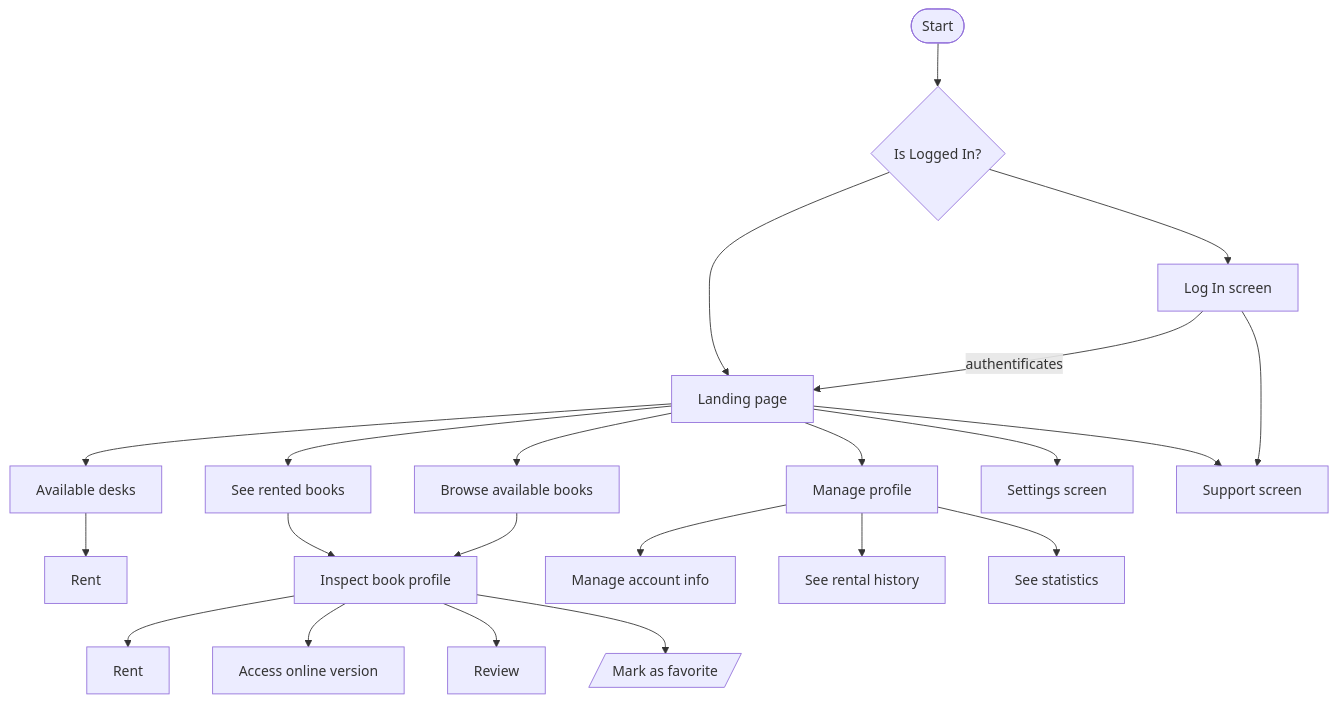
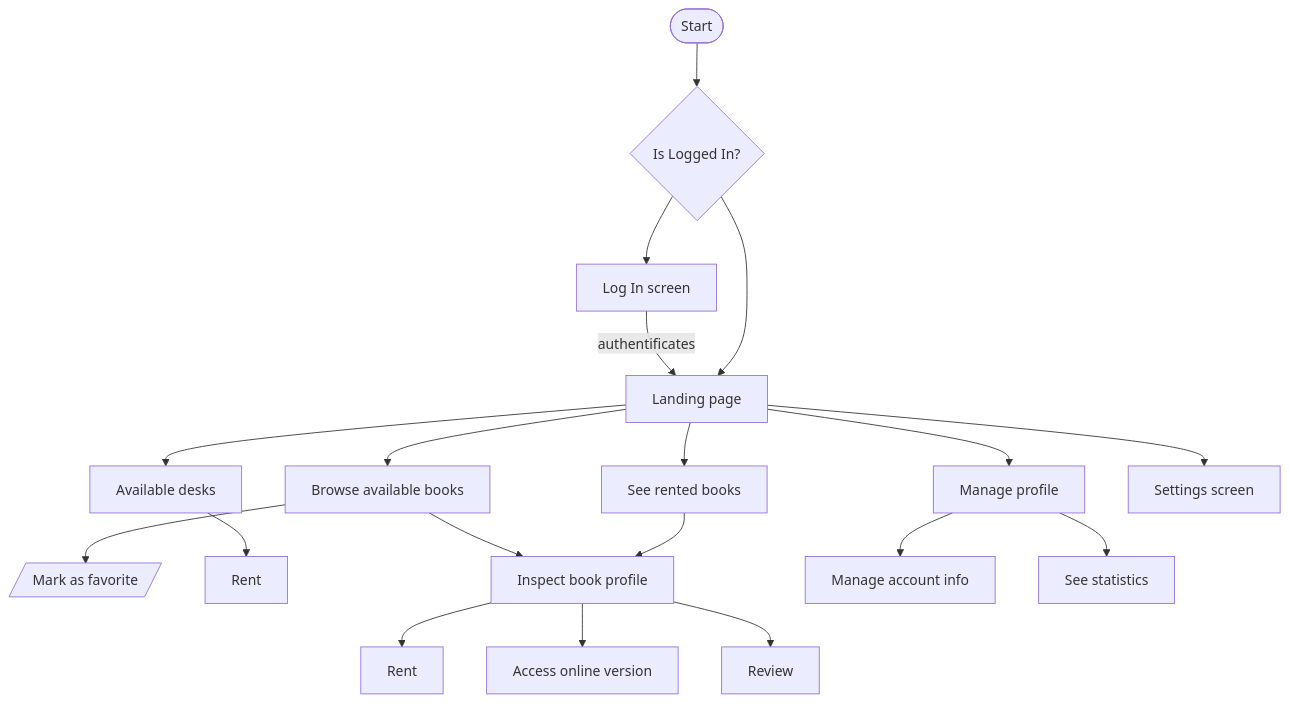
Before and after one commit to Ionnier/proiect-mops: the diagram in diagrams/diagrama_flow.md, drawn with Mermaid. The commit also changed 1 other file, not shown here.

Commit message:
Update diagrams

````diff
--- a/diagrams/diagrama_flow.md
+++ b/diagrams/diagrama_flow.md
@@ -1,26 +1,22 @@
 ```mermaid
-%%{init: {'theme':'corporate'}}%%
 flowchart TD
     A([Start]) --> B{Is Logged In?}
     B --> C[Log In screen]
     B --> DA[Landing page]
     C --> |authentificates| DA
     DA --> E[Browse available books]
     DA --> DAA[Manage profile]
+    E --> EA[/Mark as favorite/]
     DA --> DAB[See rented books]
     DA --> DAC[Available desks]
     DA --> DAE[Settings screen]
-    DA --> DAD[Support screen]
-    C --> DAD
     DAC --> DACA[Rent]
     DAB --> F
     DAA --> DAAB[Manage account info]
-    DAA --> DAAC[See rental history]
     DAA --> DAAD[See statistics]
 
     E --> F[Inspect book profile]
     F --> G[Rent]
     F --> I[Access online version]
     F --> K[Review]
-    F --> FA[/Mark as favorite/]
 ```
````
